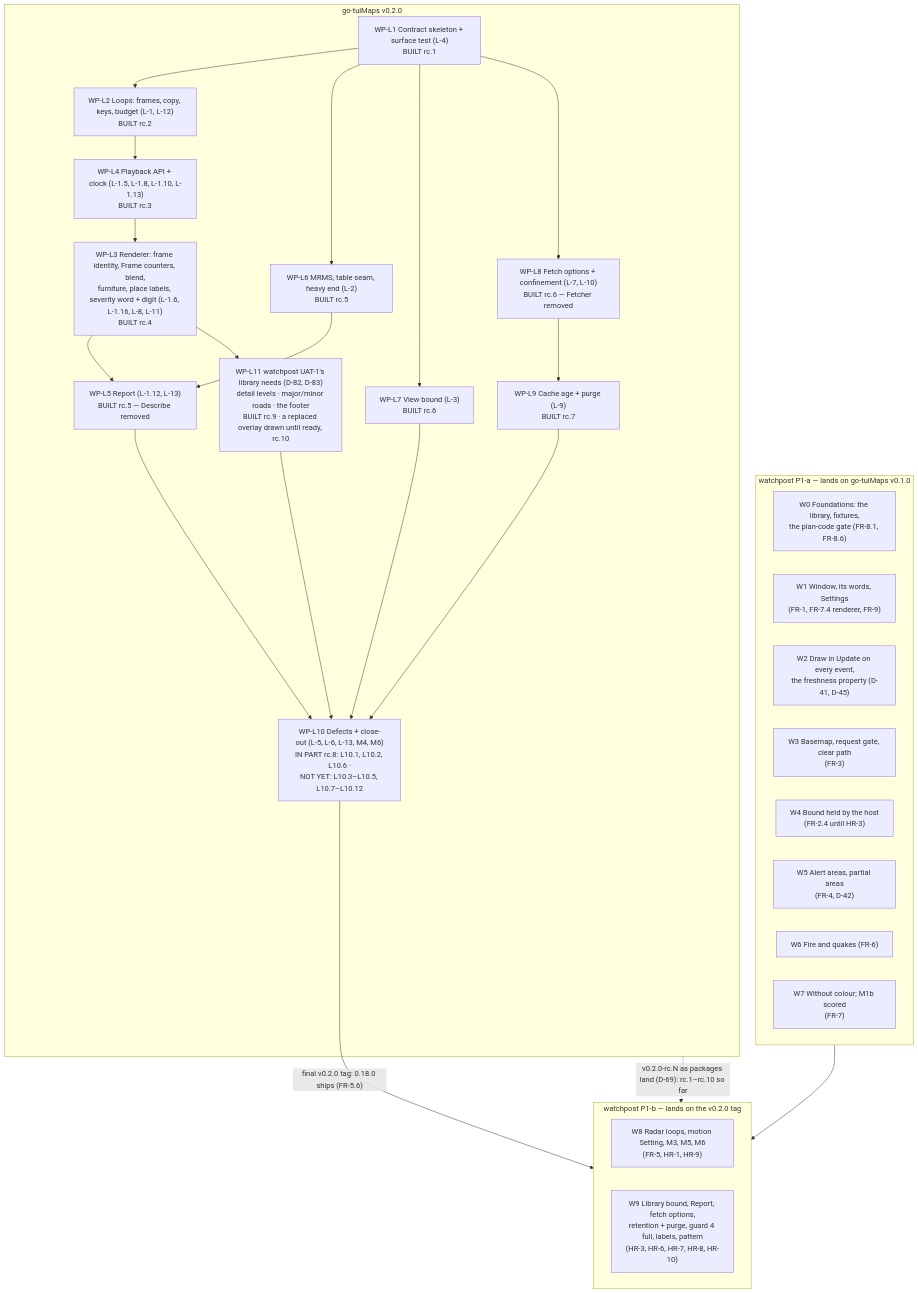
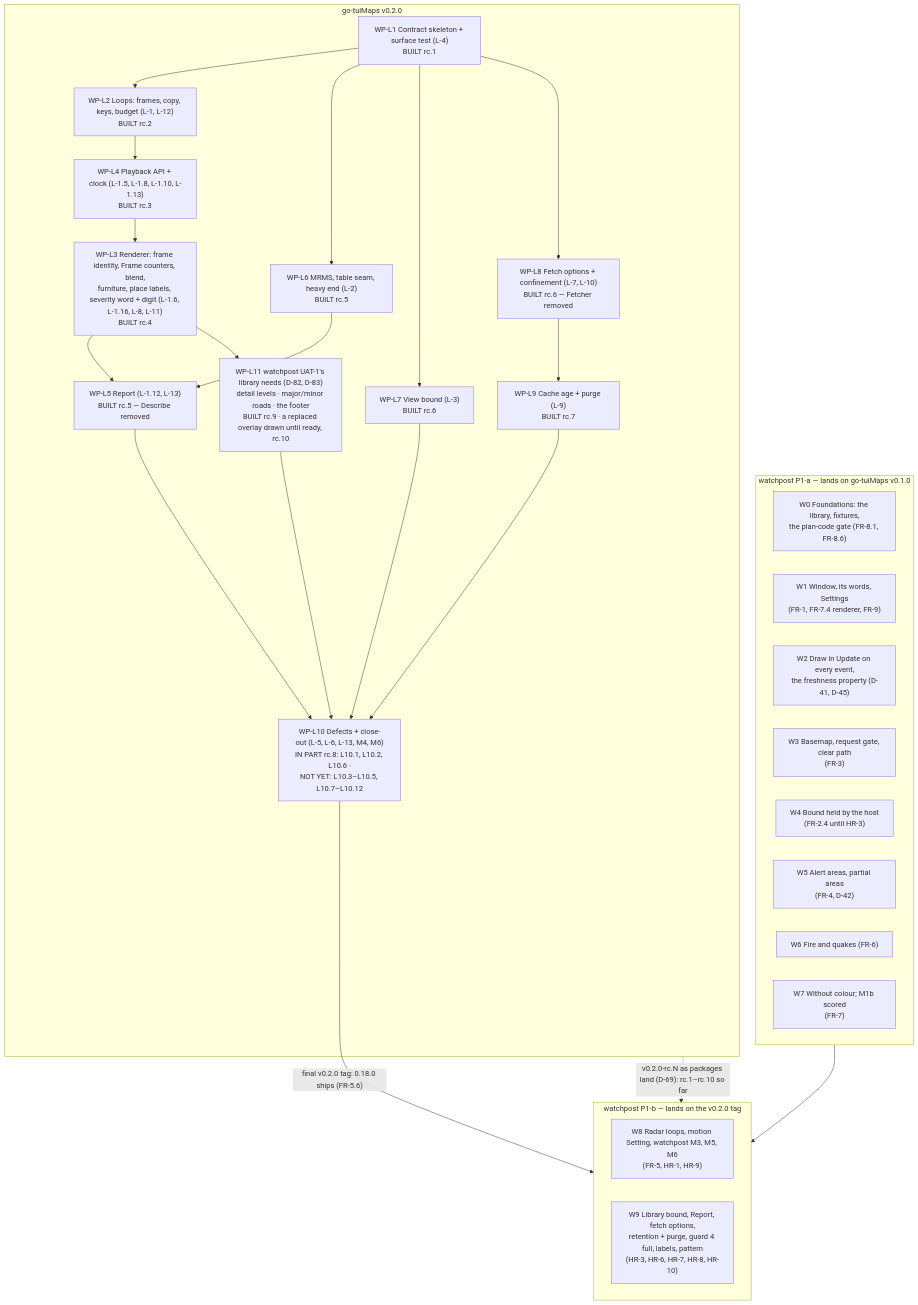
One commit to branden-thompson/go-tuimaps changed the diagram in 06_docs/02_features/radar-loops/03-architecture-design/integration-map.md. Above: the diagram before and after it, drawn with Mermaid. The commit also changed other lines of this file and 152 other files, not shown here.

````diff
--- a/06_docs/02_features/radar-loops/03-architecture-design/integration-map.md
+++ b/06_docs/02_features/radar-loops/03-architecture-design/integration-map.md
@@ -21,41 +21,41 @@
 ```mermaid
 flowchart TB
   subgraph WP1["watchpost P1-a — lands on go-tuiMaps v0.1.0"]
     W0["W0 Foundations: the library, fixtures,<br/>the plan-code gate (FR-8.1, FR-8.6)"]
     W1["W1 Window, its words, Settings<br/>(FR-1, FR-7.4 renderer, FR-9)"]
     W2["W2 Draw in Update on every event,<br/>the freshness property (D-41, D-45)"]
     W3["W3 Basemap, request gate, clear path<br/>(FR-3)"]
     W4["W4 Bound held by the host<br/>(FR-2.4 until HR-3)"]
     W5["W5 Alert areas, partial areas<br/>(FR-4, D-42)"]
     W6["W6 Fire and quakes (FR-6)"]
     W7["W7 Without colour; M1b scored<br/>(FR-7)"]
   end
   subgraph LIB["go-tuiMaps v0.2.0"]
     WPL1["WP-L1 Contract skeleton + surface test (L-4)<br/>BUILT rc.1"]
     WPL2["WP-L2 Loops: frames, copy, keys, budget (L-1, L-12)<br/>BUILT rc.2"]
     WPL4["WP-L4 Playback API + clock (L-1.5, L-1.8, L-1.10, L-1.13)<br/>BUILT rc.3"]
     WPL3["WP-L3 Renderer: frame identity, Frame counters, blend,<br/>furniture, place labels, severity word + digit (L-1.6, L-1.16, L-8, L-11)<br/>BUILT rc.4"]
     WPL5["WP-L5 Report (L-1.12, L-13)<br/>BUILT rc.5 — Describe removed"]
     WPL6["WP-L6 MRMS, table seam, heavy end (L-2)<br/>BUILT rc.5"]
     WPL7["WP-L7 View bound (L-3)<br/>BUILT rc.6"]
     WPL8["WP-L8 Fetch options + confinement (L-7, L-10)<br/>BUILT rc.6 — Fetcher removed"]
     WPL9["WP-L9 Cache age + purge (L-9)<br/>BUILT rc.7"]
     WPL10["WP-L10 Defects + close-out (L-5, L-6, L-13, M4, M6)<br/>IN PART rc.8: L10.1, L10.2, L10.6 ·<br/>NOT YET: L10.3–L10.5, L10.7–L10.12"]
     WPL11["WP-L11 watchpost UAT-1's library needs (D-82, D-83)<br/>detail levels · major/minor roads · the footer<br/>BUILT rc.9 · a replaced overlay drawn until ready, rc.10"]
     WPL1 --> WPL2 --> WPL4 --> WPL3 --> WPL5
     WPL1 --> WPL6 --> WPL5
     WPL1 --> WPL7
     WPL1 --> WPL8 --> WPL9
     WPL5 --> WPL10
     WPL7 --> WPL10
     WPL9 --> WPL10
     WPL3 --> WPL11 --> WPL10
   end
   subgraph WP2["watchpost P1-b — lands on the v0.2.0 tag"]
-    W8["W8 Radar loops, motion Setting, M3, M5, M6<br/>(FR-5, HR-1, HR-9)"]
+    W8["W8 Radar loops, motion Setting, watchpost M3, M5, M6<br/>(FR-5, HR-1, HR-9)"]
     W9["W9 Library bound, Report, fetch options,<br/>retention + purge, guard 4 full, labels, pattern<br/>(HR-3, HR-6, HR-7, HR-8, HR-10)"]
   end
   WP1 --> WP2
   WPL10 -->|"final v0.2.0 tag: 0.18.0 ships (FR-5.6)"| WP2
   LIB -.->|"v0.2.0-rc.N as packages land (D-69): rc.1–rc.10 so far"| WP2
 ```
````
